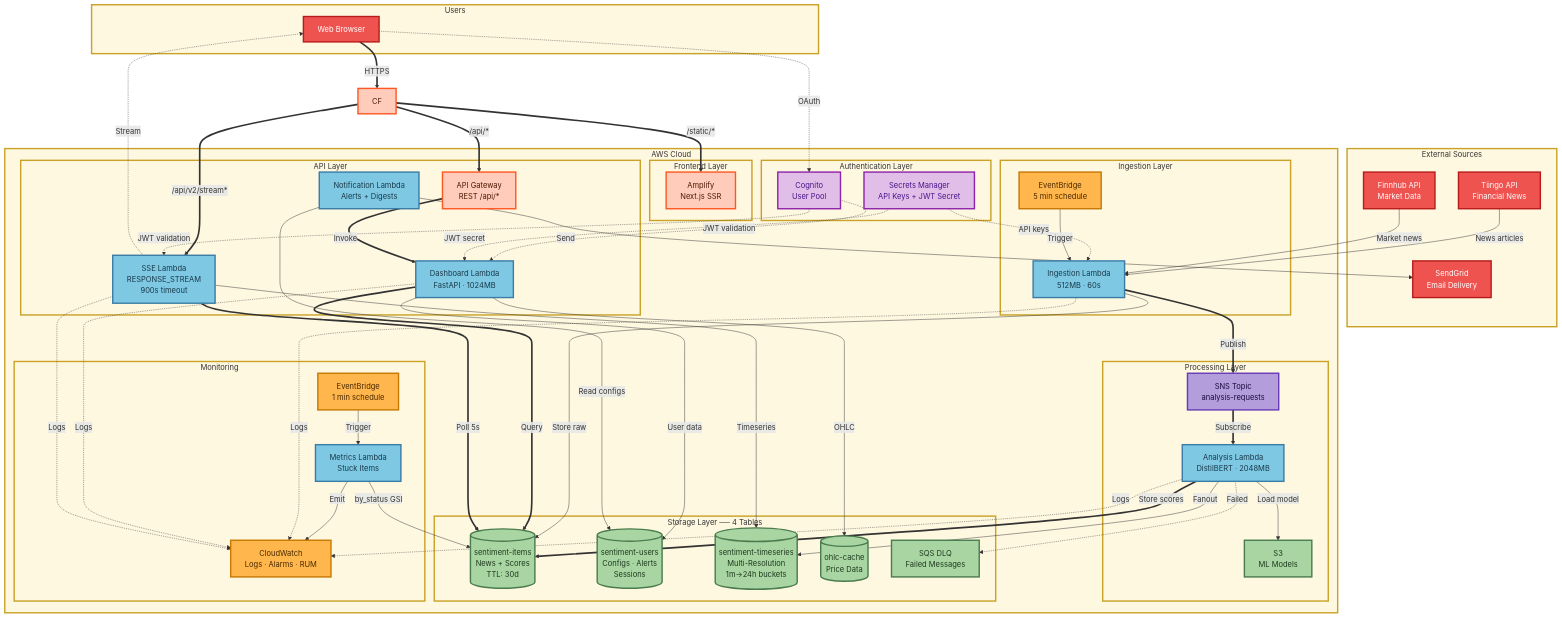
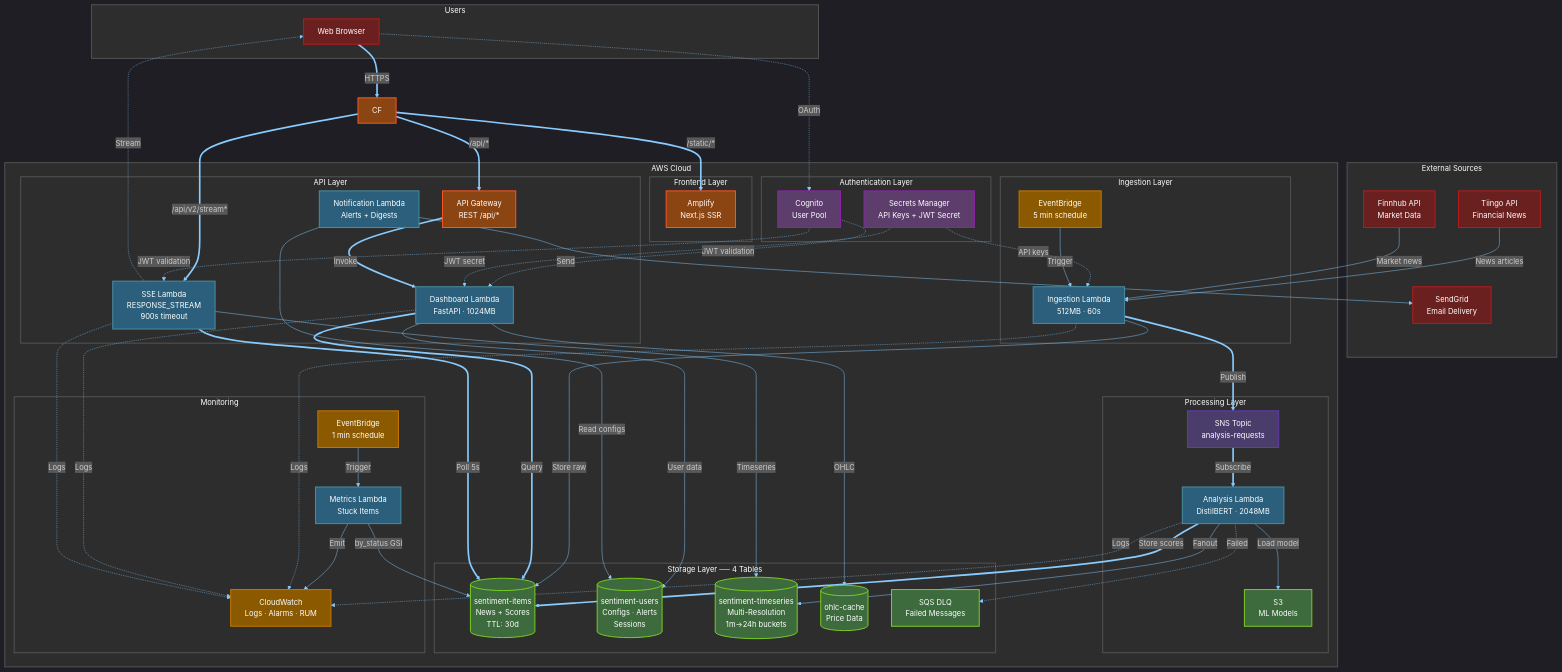
One commit to traylorre/sentiment-analyzer-gsk changed the second of 5 diagrams in README.md. Above: the diagram before and after it, drawn with Mermaid. The commit also changed other lines of this file and 2 other files, not shown here.

First line of the commit message:
feat(docs): Apply dark theme to mermaid diagrams for readability

````diff
--- a/README.md
+++ b/README.md
@@ -190,4 +191,5 @@
 ```mermaid
+%%{init: {"theme": "dark", "themeVariables": {"primaryColor": "#4A90A4", "tertiaryColor": "#2d2d2d", "lineColor": "#88CCFF", "primaryTextColor": "#FFFFFF", "clusterBkg": "#2d2d2d", "clusterBorder": "#555555"}, "flowchart": {"curve": "basis", "nodeSpacing": 50, "rankSpacing": 60}}}%%
 graph TB
     subgraph External["External Sources"]
         Tiingo[Tiingo API<br/>Financial News]
@@ -293,15 +295,15 @@
     Dashboard -.->|Logs| CW
     SSELambda -.->|Logs| CW
 
-    %% Styles - preserved color scheme
-    classDef layerBox fill:#fff8e1,stroke:#c9a227,stroke-width:3px,color:#333
-    classDef lambdaStyle fill:#7ec8e3,stroke:#3a7ca5,stroke-width:3px,color:#1a3a4a
-    classDef storageStyle fill:#a8d5a2,stroke:#4a7c4e,stroke-width:3px,color:#1e3a1e
-    classDef messagingStyle fill:#b39ddb,stroke:#673ab7,stroke-width:3px,color:#1a0a3e
-    classDef monitoringStyle fill:#ffb74d,stroke:#c77800,stroke-width:3px,color:#4a2800
-    classDef externalStyle fill:#ef5350,stroke:#b71c1c,stroke-width:3px,color:#fff
-    classDef edgeStyle fill:#ffccbc,stroke:#ff5722,stroke-width:3px,color:#4a1a00
-    classDef authStyle fill:#e1bee7,stroke:#8e24aa,stroke-width:3px,color:#4a148c
+    %% Styles - Dark theme with white text
+    classDef layerBox fill:#2d2d2d,stroke:#555555,stroke-width:2px,color:#FFFFFF
+    classDef lambdaStyle fill:#2B5F7C,stroke:#4A90A4,stroke-width:2px,color:#FFFFFF
+    classDef storageStyle fill:#3D6B3D,stroke:#7ED321,stroke-width:2px,color:#FFFFFF
+    classDef messagingStyle fill:#4A3D6B,stroke:#673ab7,stroke-width:2px,color:#FFFFFF
+    classDef monitoringStyle fill:#8B5A00,stroke:#c77800,stroke-width:2px,color:#FFFFFF
+    classDef externalStyle fill:#6B2020,stroke:#b71c1c,stroke-width:2px,color:#FFFFFF
+    classDef edgeStyle fill:#8B4513,stroke:#ff5722,stroke-width:2px,color:#FFFFFF
+    classDef authStyle fill:#5C3D6B,stroke:#8e24aa,stroke-width:2px,color:#FFFFFF
 
     class External,AWS,AuthLayer,EdgeLayer,IngestionLayer,ProcessingLayer,APILayer,StorageLayer,MonitoringLayer,Users layerBox
     class Ingestion,Analysis,Dashboard,SSELambda,Metrics,Notification lambdaStyle
````
